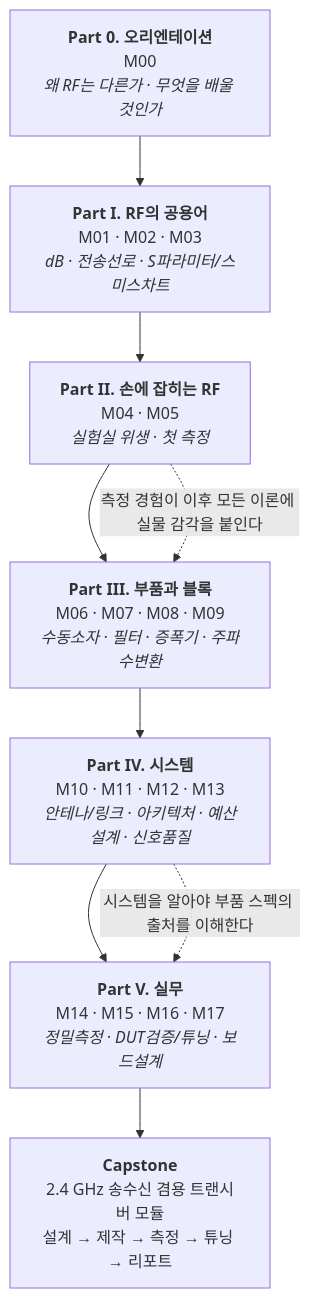
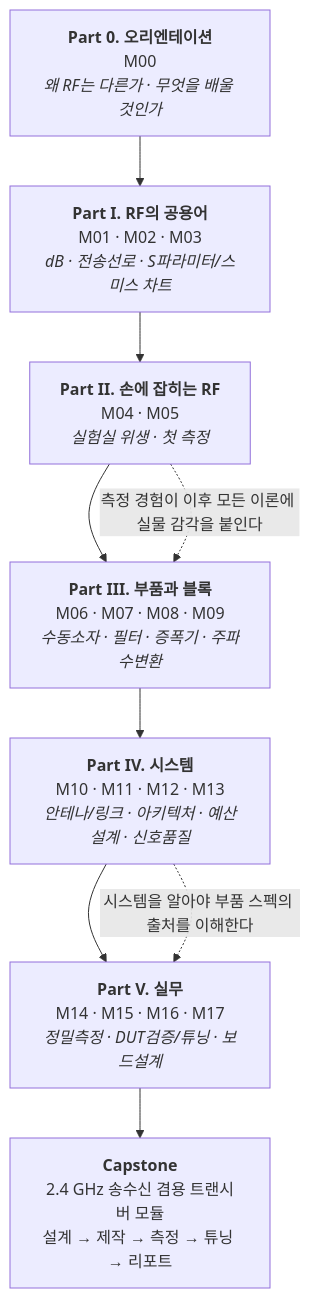
The first of 2 diagrams in rf-curriculum/00_커리큘럼_설계서_v1.2.md (moratorium000/motherlord), drawn with Mermaid before and after one commit. The commit also changed other lines of this file and 71 other files, not shown here.

````diff
--- a/rf-curriculum/00_커리큘럼_설계서_v1.2.md
+++ b/rf-curriculum/00_커리큘럼_설계서_v1.2.md
@@ -147,14 +147,14 @@
 ```mermaid
 flowchart TD
     P0["<b>Part 0. 오리엔테이션</b><br/>M00<br/><i>왜 RF는 다른가 · 무엇을 배울 것인가</i>"]
-    P1["<b>Part I. RF의 공용어</b><br/>M01 · M02 · M03<br/><i>dB · 전송선로 · S파라미터/스미스차트</i>"]
+    P1["<b>Part I. RF의 공용어</b><br/>M01 · M02 · M03<br/><i>dB · 전송선로 · S파라미터/스미스 차트</i>"]
     P2["<b>Part II. 손에 잡히는 RF</b><br/>M04 · M05<br/><i>실험실 위생 · 첫 측정</i>"]
     P3["<b>Part III. 부품과 블록</b><br/>M06 · M07 · M08 · M09<br/><i>수동소자 · 필터 · 증폭기 · 주파수변환</i>"]
     P4["<b>Part IV. 시스템</b><br/>M10 · M11 · M12 · M13<br/><i>안테나/링크 · 아키텍처 · 예산설계 · 신호품질</i>"]
     P5["<b>Part V. 실무</b><br/>M14 · M15 · M16 · M17<br/><i>정밀측정 · DUT검증/튜닝 · 보드설계</i>"]
     CAP["<b>Capstone</b><br/>2.4 GHz 송수신 겸용 트랜시버 모듈<br/>설계 → 제작 → 측정 → 튜닝 → 리포트"]
 
     P0 --> P1 --> P2 --> P3 --> P4 --> P5 --> CAP
     P2 -.-> |측정 경험이 이후 모든 이론에 실물 감각을 붙인다| P3
     P4 -.-> |시스템을 알아야 부품 스펙의 출처를 이해한다| P5
 ```
````
